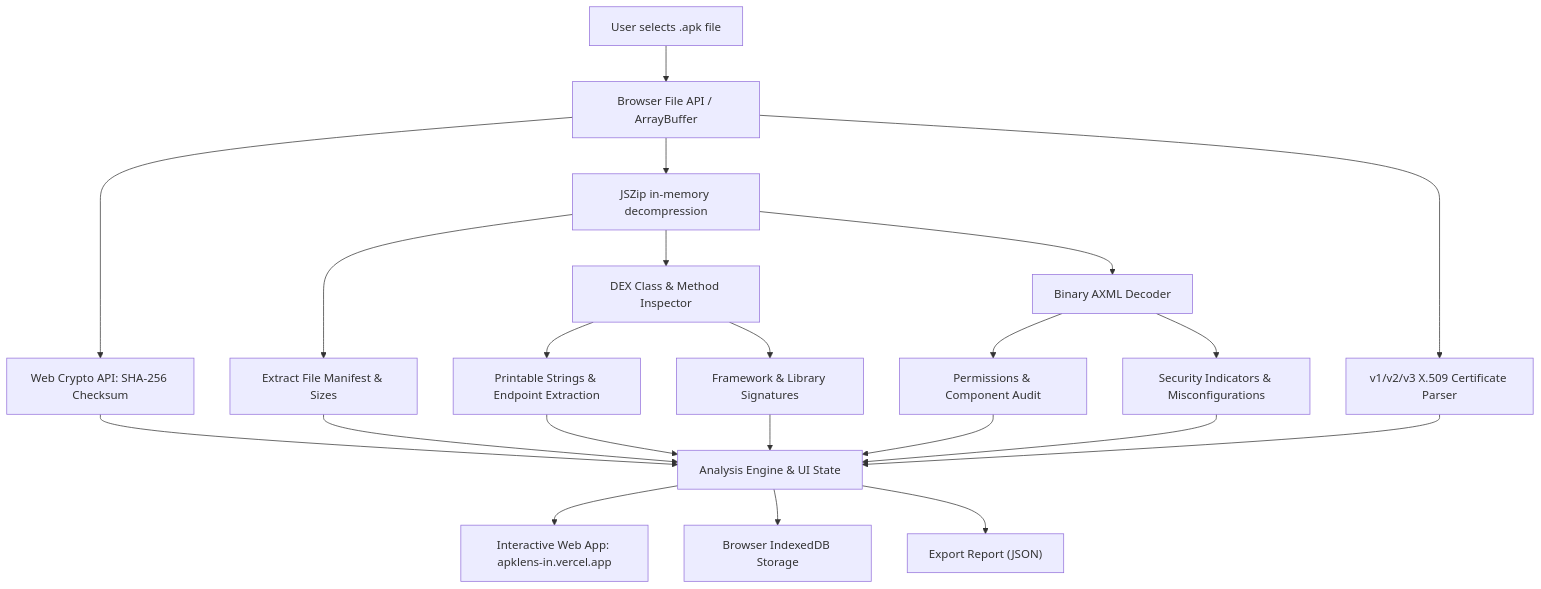
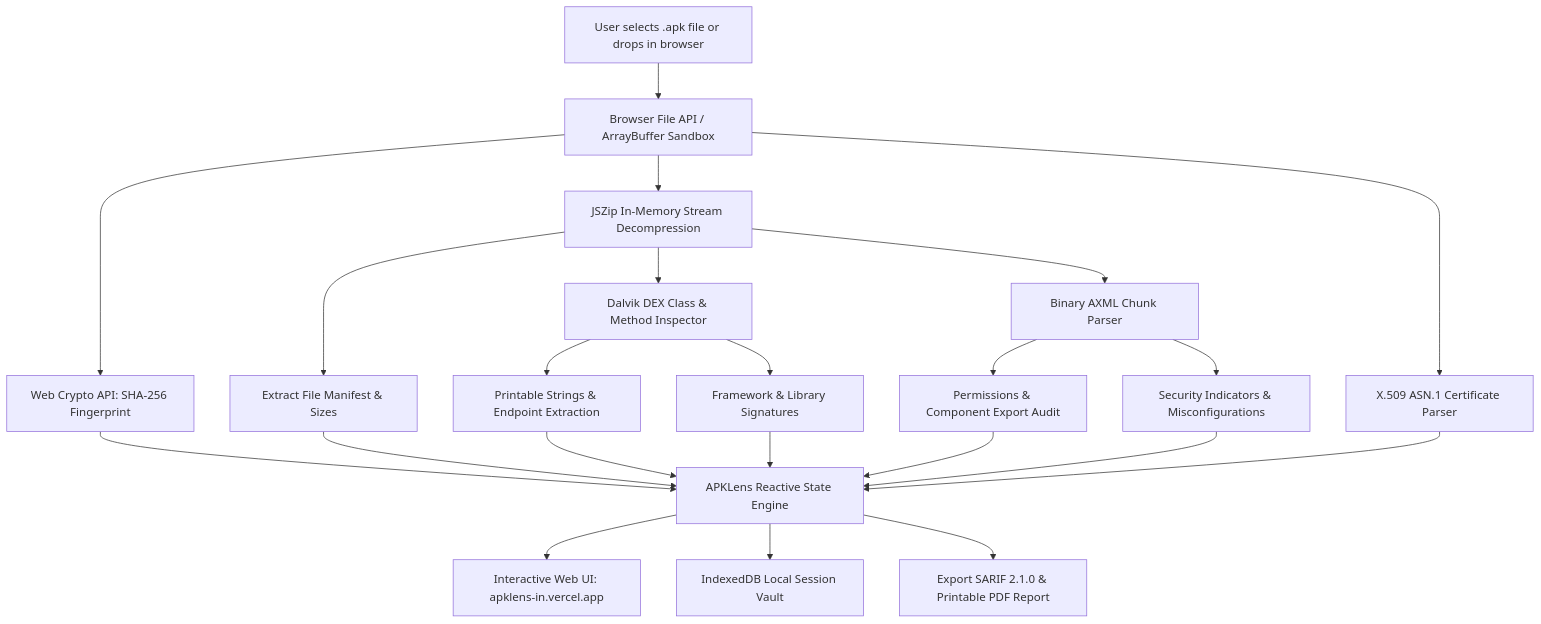
The diagram in README.md (jojin1709/APKlens-), drawn with Mermaid before and after one commit. The commit also changed other lines of this file and 3 other files, not shown here.

````diff
--- a/README.md
+++ b/README.md
@@ -100,29 +102,29 @@
 ```mermaid
 flowchart TD
-    A["User selects .apk file"] --> B["Browser File API / ArrayBuffer"]
-    B --> C["Web Crypto API: SHA-256 Checksum"]
-    B --> D["JSZip in-memory decompression"]
+    A["User selects .apk file or drops in browser"] --> B["Browser File API / ArrayBuffer Sandbox"]
+    B --> C["Web Crypto API: SHA-256 Fingerprint"]
+    B --> D["JSZip In-Memory Stream Decompression"]
     
     D --> E["Extract File Manifest & Sizes"]
-    D --> F["DEX Class & Method Inspector"]
-    D --> G["Binary AXML Decoder"]
-    B --> H["v1/v2/v3 X.509 Certificate Parser"]
+    D --> F["Dalvik DEX Class & Method Inspector"]
+    D --> G["Binary AXML Chunk Parser"]
+    B --> H["X.509 ASN.1 Certificate Parser"]
     
     F --> I["Printable Strings & Endpoint Extraction"]
     F --> J["Framework & Library Signatures"]
     
-    G --> K["Permissions & Component Audit"]
+    G --> K["Permissions & Component Export Audit"]
     G --> L["Security Indicators & Misconfigurations"]
     
-    C --> M["Analysis Engine & UI State"]
+    C --> M["APKLens Reactive State Engine"]
     E --> M
     H --> M
     I --> M
     J --> M
     K --> M
     L --> M
     
-    M --> N["Interactive Web App: apklens-in.vercel.app"]
-    M --> O["Browser IndexedDB Storage"]
-    M --> P["Export Report (JSON)"]
+    M --> N["Interactive Web UI: apklens-in.vercel.app"]
+    M --> O["IndexedDB Local Session Vault"]
+    M --> P["Export SARIF 2.1.0 & Printable PDF Report"]
 ```
````
